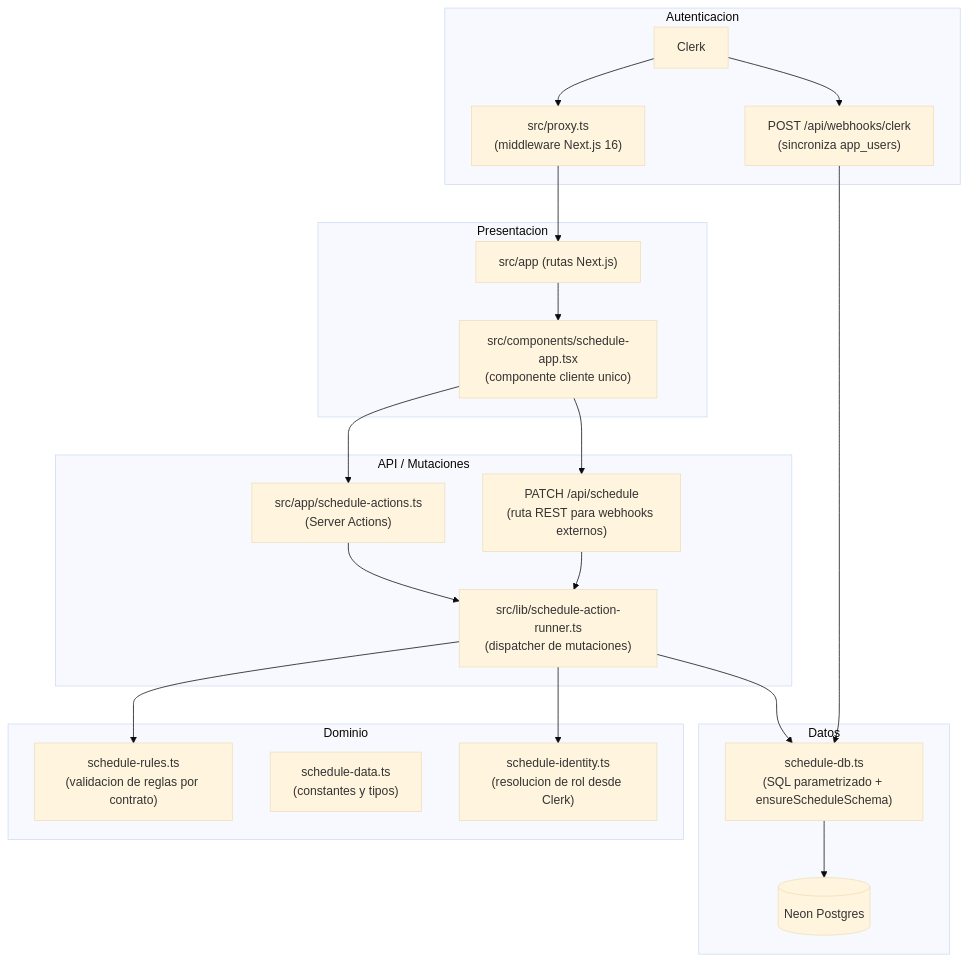
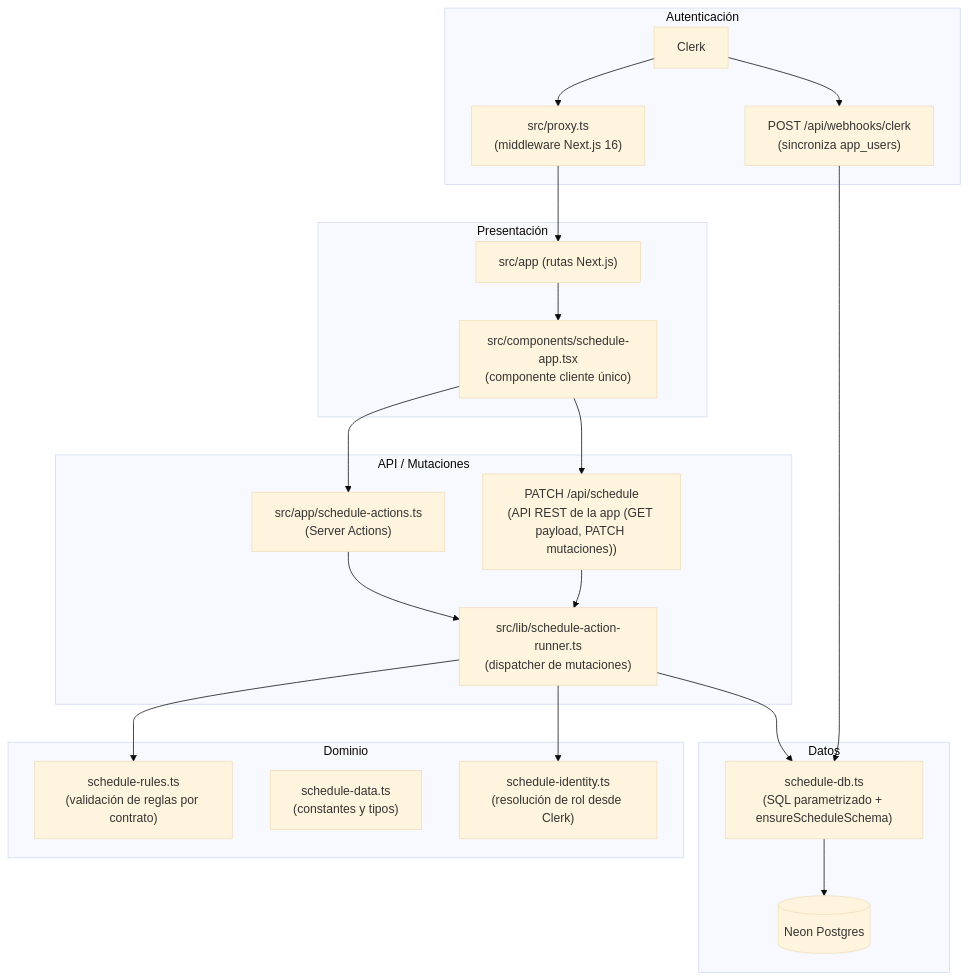
Before and after one commit to hhwjsw711/horarios-fisi: the diagram in docs/architecture.md, drawn with Mermaid (base theme). The commit also changed other lines of this file and 5 other files, not shown here.

````diff
--- a/docs/architecture.md
+++ b/docs/architecture.md
@@ -15,44 +15,44 @@
 ```mermaid
 flowchart TB
-    subgraph Front["Presentacion"]
+    subgraph Front["Presentación"]
         A["src/app (rutas Next.js)"]
-        B["src/components/schedule-app.tsx\n(componente cliente unico)"]
+        B["src/components/schedule-app.tsx\n(componente cliente único)"]
     end
 
     subgraph API["API / Mutaciones"]
         C["src/app/schedule-actions.ts\n(Server Actions)"]
-        D["PATCH /api/schedule\n(ruta REST para webhooks externos)"]
+        D["PATCH /api/schedule\n(API REST de la app (GET payload, PATCH mutaciones))"]
         E["src/lib/schedule-action-runner.ts\n(dispatcher de mutaciones)"]
     end
 
     subgraph Domain["Dominio"]
-        F["schedule-rules.ts\n(validacion de reglas por contrato)"]
+        F["schedule-rules.ts\n(validación de reglas por contrato)"]
         G["schedule-data.ts\n(constantes y tipos)"]
-        H["schedule-identity.ts\n(resolucion de rol desde Clerk)"]
+        H["schedule-identity.ts\n(resolución de rol desde Clerk)"]
     end
 
     subgraph Data["Datos"]
         I["schedule-db.ts\n(SQL parametrizado + ensureScheduleSchema)"]
         J[("Neon Postgres")]
     end
 
-    subgraph Auth["Autenticacion"]
+    subgraph Auth["Autenticación"]
         K["Clerk"]
         L["src/proxy.ts\n(middleware Next.js 16)"]
         M["POST /api/webhooks/clerk\n(sincroniza app_users)"]
     end
 
     A --> B
     B --> C
     B --> D
     C --> E
     D --> E
     E --> F
     E --> H
     E --> I
     I --> J
     K --> L
     K --> M
     M --> I
     L --> A
 ```
````
